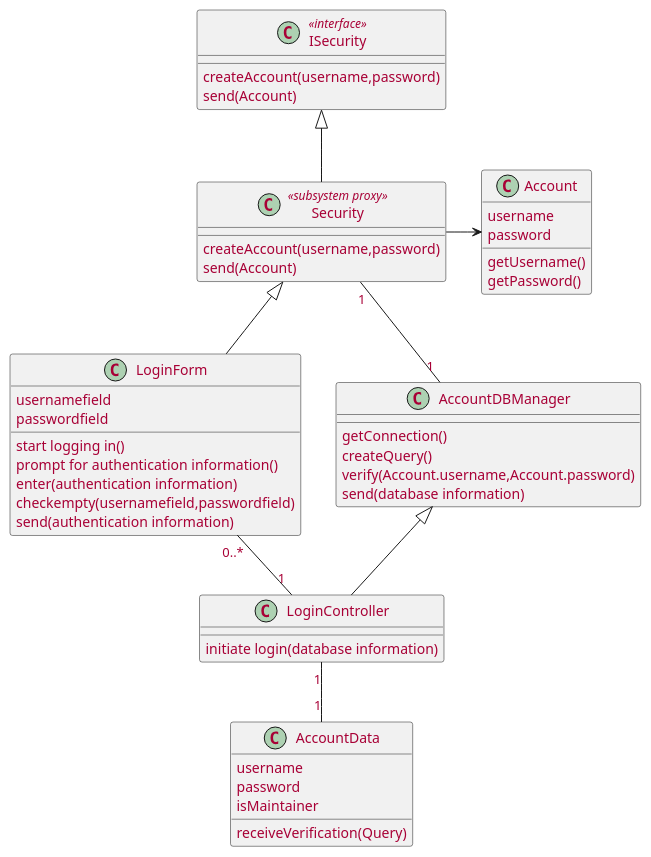
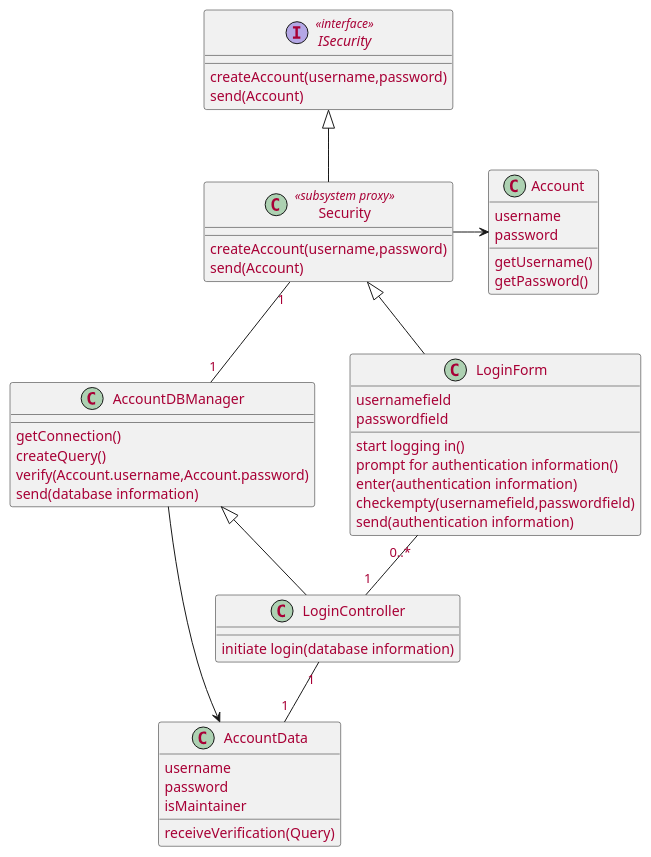
The second of 6 diagrams in source/solution/use-case-design.rst (McSinyx/ipppi), drawn with PlantUML before and after one commit. The commit also changed other lines of this file, not shown here.

```diff
--- a/source/solution/use-case-design.rst
+++ b/source/solution/use-case-design.rst
@@ -48,49 +59,50 @@
 .. uml::
 
    skinparam defaultFontColor #a80036
-   
+
    class Account {
      username
      password
      getUsername()
      getPassword()
    }
 
    class LoginForm extends Security {
       usernamefield
       passwordfield
       start logging in()
       prompt for authentication information()
       enter(authentication information)
       checkempty(usernamefield,passwordfield)
       send(authentication information)
    }
-   class ISecurity <<interface>> {
+   interface ISecurity <<interface>> {
       createAccount(username,password)
       send(Account)  
    }
    class Security <<subsystem proxy>> extends ISecurity {
       createAccount(username,password)
       send(Account)
    }
    class AccountDBManager {
       getConnection()
       createQuery()
       verify(Account.username,Account.password)
       send(database information)
    }
    class LoginController extends AccountDBManager {
        initiate login(database information)
    }
-   
+
    class AccountData {
        username
        password
        isMaintainer
        receiveVerification(Query)
    }
 
    LoginForm "0..*" -- "1" LoginController
    LoginController "1" -- "1" AccountData
    Security -> Account
    Security "1" -- "1" AccountDBManager
+   AccountDBManager -> AccountData
```
